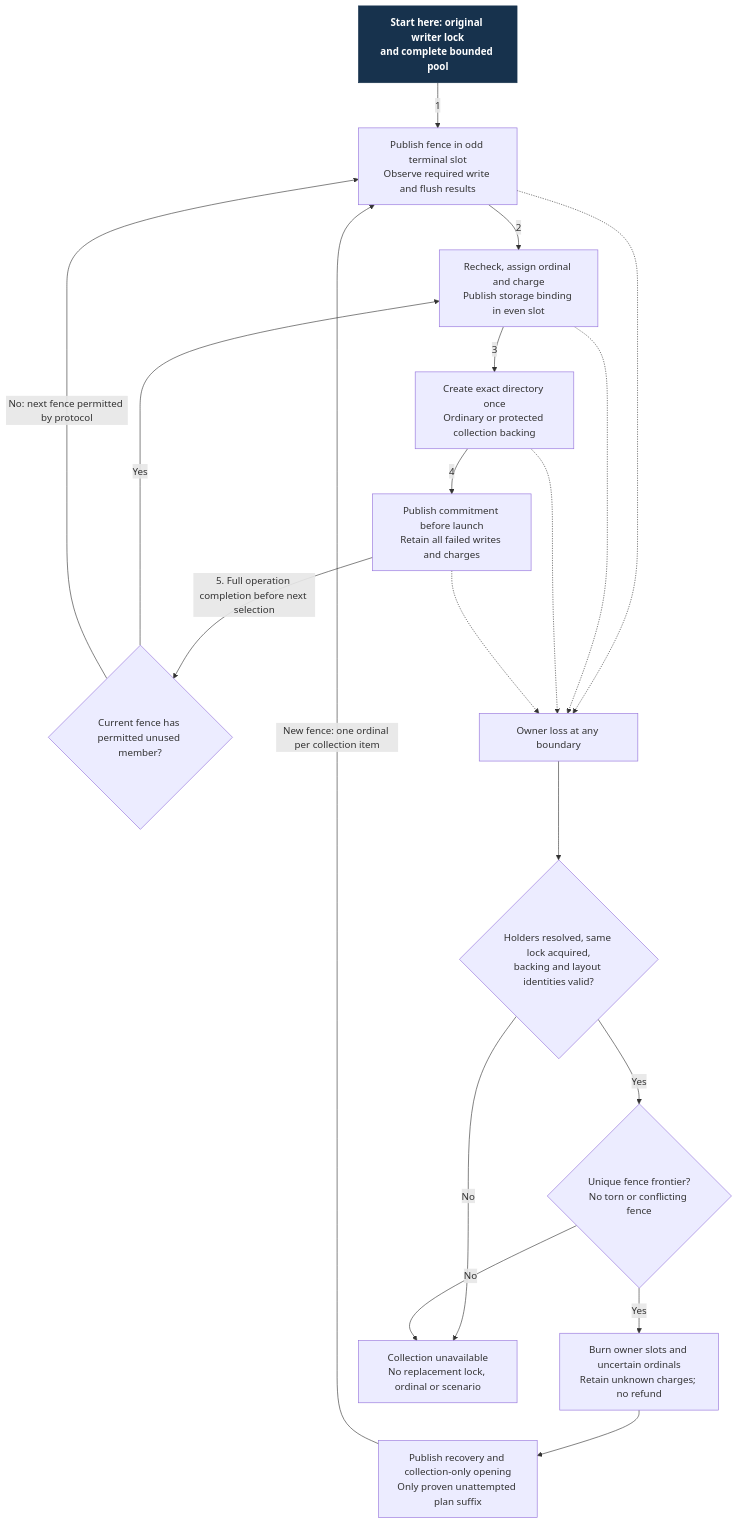
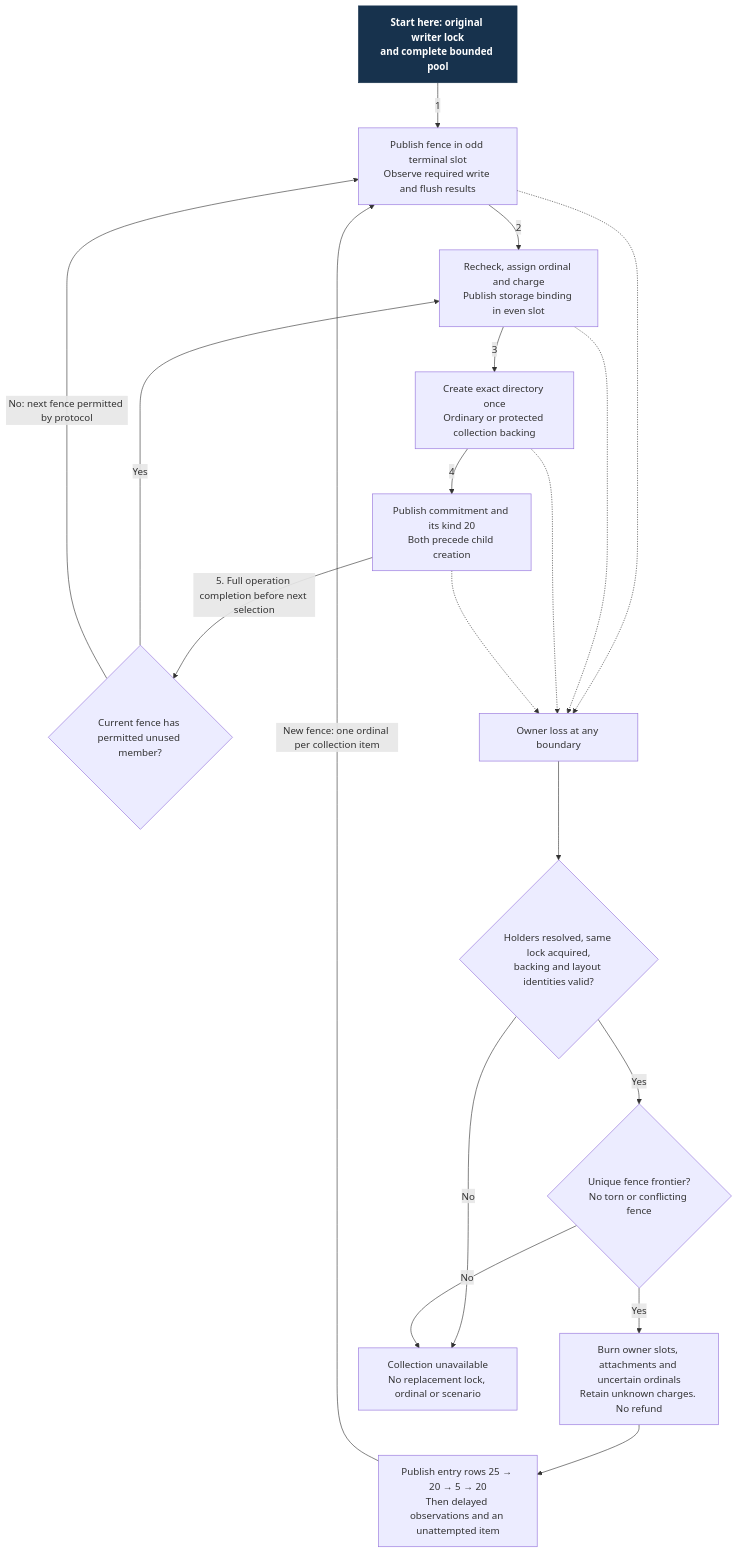
The diagram in docs/design/architecture/settings-activation/keepalive-storage.mmd (Linkuistics/Koine), drawn with Mermaid before and after one commit. The commit also changed 8 other files, not shown here.

```diff
--- a/docs/design/architecture/settings-activation/keepalive-storage.mmd
+++ b/docs/design/architecture/settings-activation/keepalive-storage.mmd
@@ -1,33 +1,33 @@
 %%{init: {"flowchart": {"useMaxWidth": true}}}%%
 flowchart TD
     start["Start here: original writer lock<br/>and complete bounded pool"]:::start
     fence["Publish fence in odd terminal slot<br/>Observe required write and flush results"]
     bind["Recheck, assign ordinal and charge<br/>Publish storage binding in even slot"]
     directory["Create exact directory once<br/>Ordinary or protected collection backing"]
-    commit["Publish commitment before launch<br/>Retain all failed writes and charges"]
+    commit["Publish commitment and its kind 20<br/>Both precede child creation"]
     next{"Current fence has permitted unused member?"}
     loss["Owner loss at any boundary"]
     holders{"Holders resolved, same lock acquired,<br/>backing and layout identities valid?"}
     frontier{"Unique fence frontier?<br/>No torn or conflicting fence"}
-    burn["Burn owner slots and uncertain ordinals<br/>Retain unknown charges; no refund"]
-    recover["Publish recovery and collection-only opening<br/>Only proven unattempted plan suffix"]
+    burn["Burn owner slots, attachments and uncertain ordinals<br/>Retain unknown charges. No refund"]
+    recover["Publish entry rows 25 → 20 → 5 → 20<br/>Then delayed observations and an unattempted item"]
     unavailable["Collection unavailable<br/>No replacement lock, ordinal or scenario"]
     start -->|1| fence
     fence -->|2| bind
     bind -->|3| directory
     directory -->|4| commit
     commit -->|5. Full operation completion before next selection| next
     next -->|Yes| bind
     next -->|No: next fence permitted by protocol| fence
     fence -.-> loss
     bind -.-> loss
     directory -.-> loss
     commit -.-> loss
     loss --> holders
     holders -->|No| unavailable
     holders -->|Yes| frontier
     frontier -->|No| unavailable
     frontier -->|Yes| burn
     burn --> recover
     recover -->|New fence: one ordinal per collection item| fence
     classDef start fill:#17324d,stroke:#17324d,color:#fff,font-weight:bold
```
